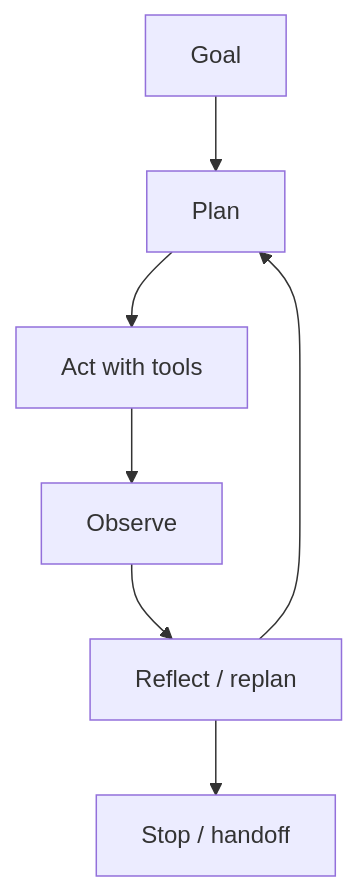
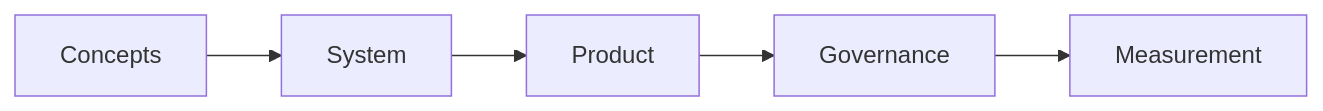
The diagram in domains/agentic-ai/README.md (abdulsamad183/ai-engineering-playbook), drawn with Mermaid before and after one commit. The commit also changed other lines of this file and 541 other files, not shown here.

````diff
--- a/domains/agentic-ai/README.md
+++ b/domains/agentic-ai/README.md
@@ -18,9 +22,4 @@
 ```mermaid
-flowchart TB
-  Goal[Goal] --> Plan[Plan]
-  Plan --> Act[Act with tools]
-  Act --> Obs[Observe]
-  Obs --> Reflect[Reflect / replan]
-  Reflect --> Plan
-  Reflect --> Done[Stop / handoff]
+flowchart LR
+  S1[Concepts] --> S2[System] --> S3[Product] --> S4[Governance] --> S5[Measurement]
 ```
````
